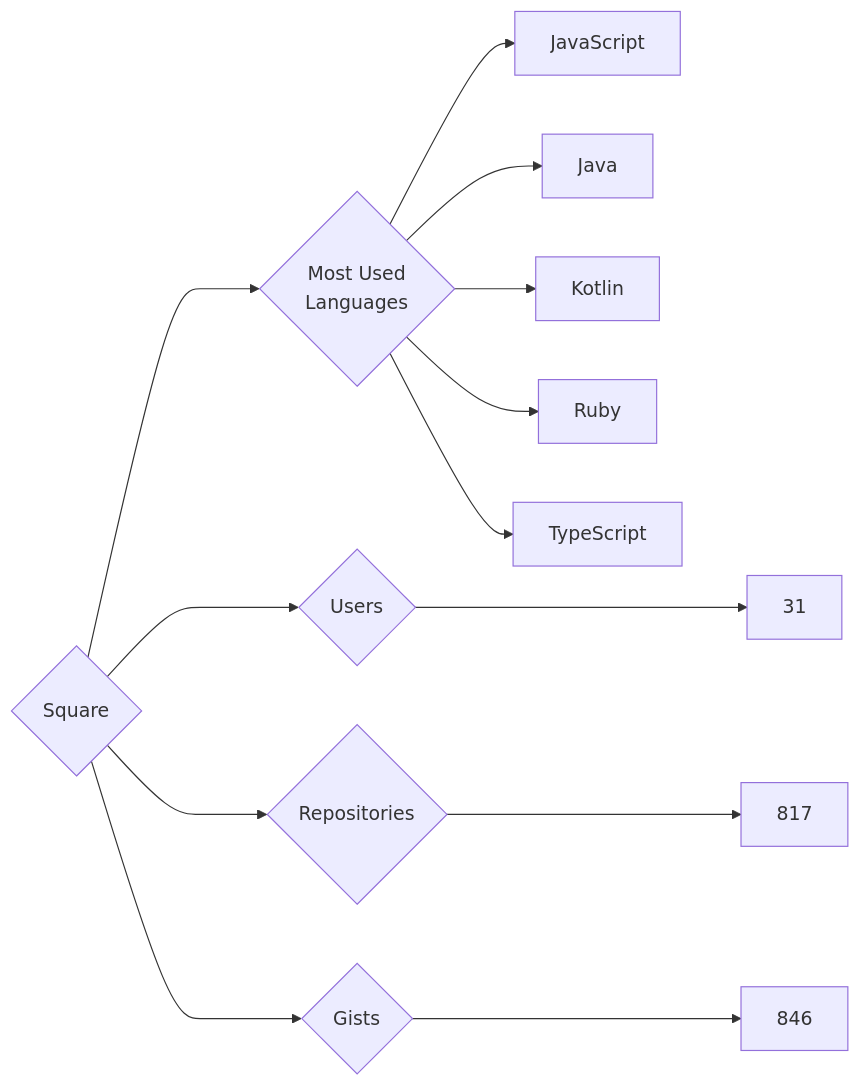
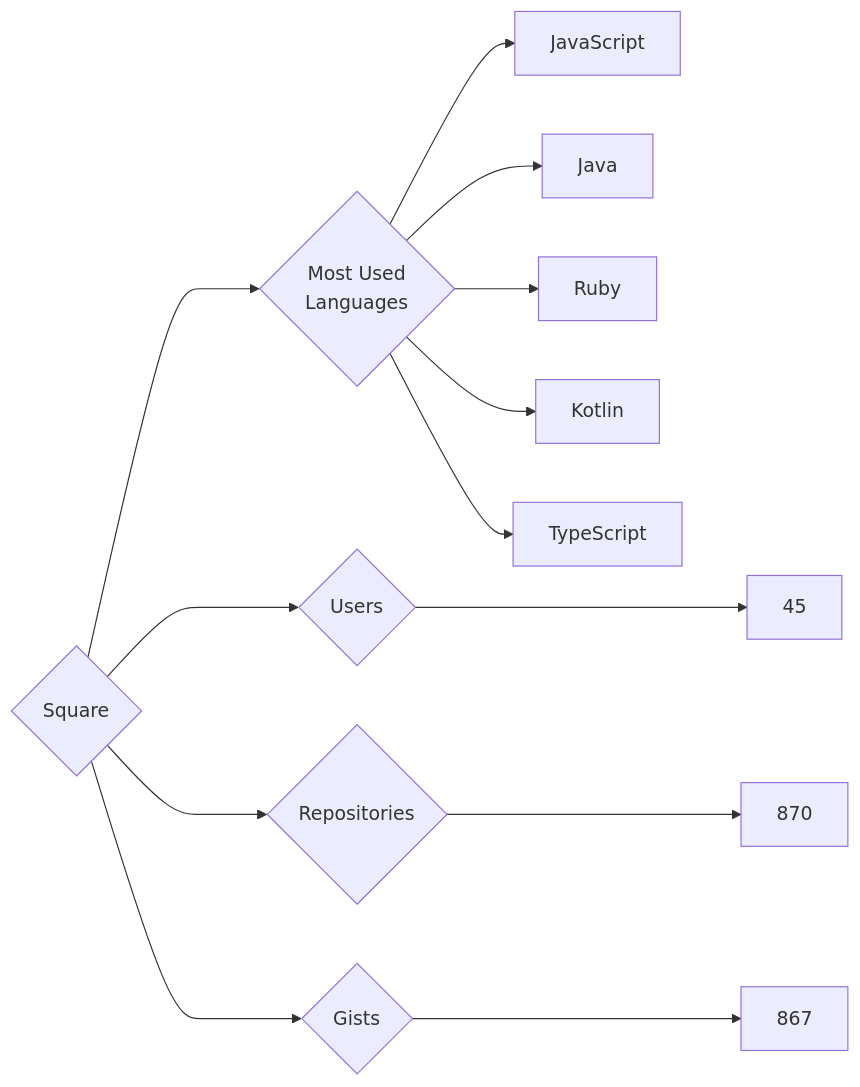
The diagram in targets/Square/README.md (trickest/insiders), drawn with Mermaid before and after one commit. The commit also changed 728 other files, not shown here.

````diff
--- a/targets/Square/README.md
+++ b/targets/Square/README.md
@@ -3,13 +3,13 @@
 ```mermaid
 graph LR
 COMPANY_NAME{Square}
-COMPANY_NAME ---> U{Users} ---> UN[31]
-COMPANY_NAME ---> R{Repositories} ---> RN[817]
-COMPANY_NAME ---> G{Gists} ---> GN[846]
+COMPANY_NAME ---> U{Users} ---> UN[45]
+COMPANY_NAME ---> R{Repositories} ---> RN[870]
+COMPANY_NAME ---> G{Gists} ---> GN[867]
 COMPANY_NAME ---> ML{Most Used<br>Languages}
 ML --> JavaScript[JavaScript]
 ML --> Java[Java]
+ML --> Ruby[Ruby]
 ML --> Kotlin[Kotlin]
-ML --> Ruby[Ruby]
 ML --> TypeScript[TypeScript]
 ```
````
